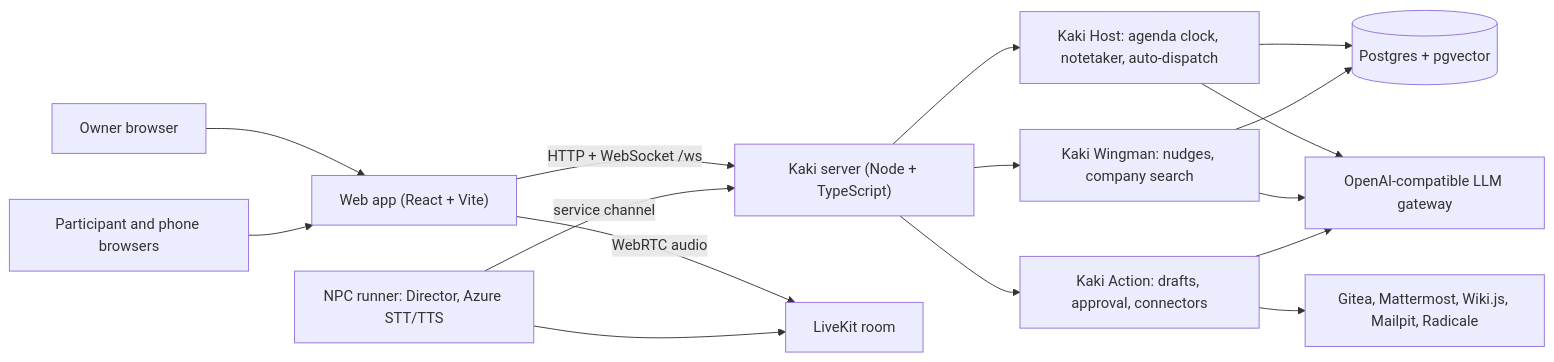
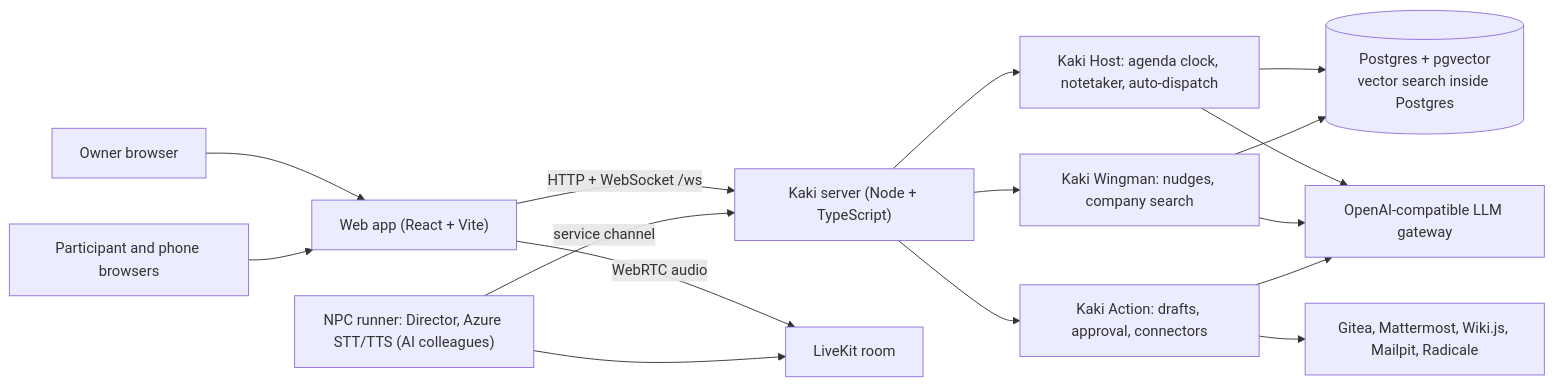
One commit to joshualumzy/kaki changed the diagram in README.md. Above: the diagram before and after it, drawn with Mermaid. The commit also changed other lines of this file, not shown here.

````diff
--- a/README.md
+++ b/README.md
@@ -97,18 +101,18 @@
 ```mermaid
 flowchart LR
   Owner["Owner browser"] --> Web["Web app (React + Vite)"]
   People["Participant and phone browsers"] --> Web
   Web -->|"HTTP + WebSocket /ws"| Server["Kaki server (Node + TypeScript)"]
   Server --> Host["Kaki Host: agenda clock, notetaker, auto-dispatch"]
   Server --> Wingman["Kaki Wingman: nudges, company search"]
   Server --> Action["Kaki Action: drafts, approval, connectors"]
-  Host --> PG[("Postgres + pgvector")]
+  Host --> PG[("Postgres + pgvector<br/>vector search inside Postgres")]
   Wingman --> PG
   Host --> LLM["OpenAI-compatible LLM gateway"]
   Wingman --> LLM
   Action --> LLM
   Action --> Tools["Gitea, Mattermost, Wiki.js, Mailpit, Radicale"]
   Web -->|"WebRTC audio"| LiveKit["LiveKit room"]
-  NPC["NPC runner: Director, Azure STT/TTS"] --> LiveKit
+  NPC["NPC runner: Director, Azure STT/TTS (AI colleagues)"] --> LiveKit
   NPC -->|"service channel"| Server
 ```
````
